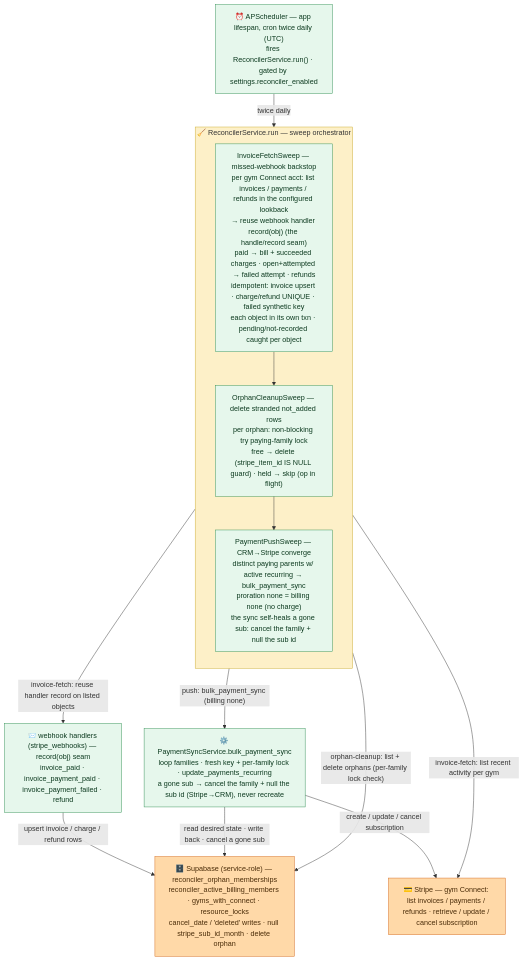
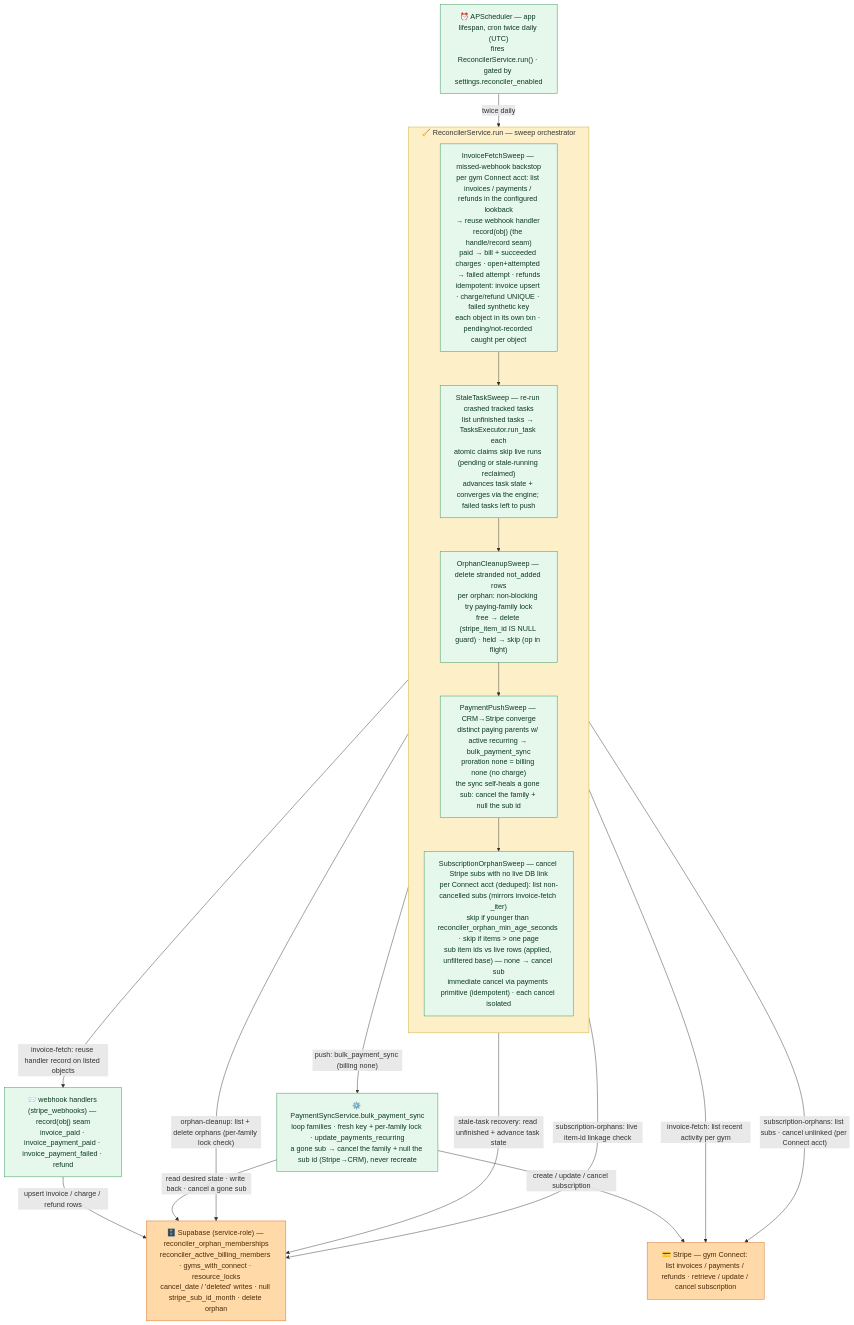
The diagram in FastApiBackend/reconciler.mermaid (jesse51002/CombatDen), drawn with Mermaid before and after one commit. The commit also changed 668 other files, not shown here.

```diff
--- a/FastApiBackend/reconciler.mermaid
+++ b/FastApiBackend/reconciler.mermaid
@@ -1,47 +1,58 @@
 flowchart TB
   %% Scheduled reconciler — orchestration flow of ReconcilerService.run().
   %% Source of truth: src/reconciler/ (reconciler-guide skill).
-  %% APScheduler (app lifespan) fires run() twice daily, then runs the three
-  %% step-services in order: invoice-fetch -> orphan-cleanup -> payment-push.
+  %% APScheduler (app lifespan) fires run() twice daily, then runs the five
+  %% step-services in order: invoice-fetch -> stale-task recovery ->
+  %% orphan-cleanup -> payment-push -> subscription-orphans (cancel live Stripe
+  %% subs with no live DB link, last). Stale-task recovery re-runs unfinished
+  %% tracked tasks (src/tasks/) whose in-process run died — the recovery loop
+  %% lives here, the tasks engine only knows how to run ONE task.
   %% No reconciler-wide lock — safety is the per-family PayingMemberLock every
   %% payment op already holds.
   %% Each step reuses existing machinery: the fetcher drives the webhook handler
   %% record() seam, the orphan cleanup checks the per-family lock, the push sweep
   %% calls bulk sync — whose sync now self-heals a gone subscription natively
   %% (cancels the family + nulls the sub id), so there is no separate status pass.
   %% Green = reconciler step/service · yellow = the orchestrator (fan-out hub) ·
   %% orange = external actors. Solid = live runtime call.
 
   sched["⏰ APScheduler — app lifespan, cron twice daily (UTC)<br/>fires ReconcilerService.run() · gated by settings.reconciler_enabled"]
 
   subgraph recon["🧹 ReconcilerService.run — sweep orchestrator"]
     direction TB
     fetch["InvoiceFetchSweep — missed-webhook backstop<br/>per gym Connect acct: list invoices / payments / refunds in the configured lookback<br/>→ reuse webhook handler record(obj) (the handle/record seam)<br/>paid → bill + succeeded charges · open+attempted → failed attempt · refunds<br/>idempotent: invoice upsert · charge/refund UNIQUE · failed synthetic key<br/>each object in its own txn · pending/not-recorded caught per object"]
+    stale_task["StaleTaskSweep — re-run crashed tracked tasks<br/>list unfinished tasks → TasksExecutor.run_task each<br/>atomic claims skip live runs (pending or stale-running reclaimed)<br/>advances task state + converges via the engine; failed tasks left to push"]
     orphan["OrphanCleanupSweep — delete stranded not_added rows<br/>per orphan: non-blocking try paying-family lock<br/>free → delete (stripe_item_id IS NULL guard) · held → skip (op in flight)"]
     push["PaymentPushSweep — CRM→Stripe converge<br/>distinct paying parents w/ active recurring → bulk_payment_sync<br/>proration none = billing none (no charge)<br/>the sync self-heals a gone sub: cancel the family + null the sub id"]
-    fetch --> orphan
+    suborphan["SubscriptionOrphanSweep — cancel Stripe subs with no live DB link<br/>per Connect acct (deduped): list non-cancelled subs (mirrors invoice-fetch _iter)<br/>skip if younger than reconciler_orphan_min_age_seconds · skip if items &gt; one page<br/>sub item ids vs live rows (applied, unfiltered base) — none → cancel sub<br/>immediate cancel via payments primitive (idempotent) · each cancel isolated"]
+    fetch --> stale_task
+    stale_task --> orphan
     orphan --> push
+    push --> suborphan
   end
 
   handlers["📨 webhook handlers (stripe_webhooks) — record(obj) seam<br/>invoice_paid · invoice_payment_paid · invoice_payment_failed · refund"]
   engine["⚙️ PaymentSyncService.bulk_payment_sync<br/>loop families · fresh key + per-family lock · update_payments_recurring<br/>a gone sub → cancel the family + null the sub id (Stripe→CRM), never recreate"]
 
   supabase["🗄️ Supabase (service-role) — reconciler_orphan_memberships<br/>reconciler_active_billing_members · gyms_with_connect · resource_locks<br/>cancel_date / 'deleted' writes · null stripe_sub_id_month · delete orphan"]
   stripe["💳 Stripe — gym Connect: list invoices / payments / refunds · retrieve / update / cancel subscription"]
 
   sched -->|"twice daily"| recon
   recon -->|"invoice-fetch: reuse handler record on listed objects"| handlers
   recon -->|"push: bulk_payment_sync (billing none)"| engine
   recon -->|"orphan-cleanup: list + delete orphans (per-family lock check)"| supabase
+  recon -->|"stale-task recovery: read unfinished + advance task state"| supabase
   recon -->|"invoice-fetch: list recent activity per gym"| stripe
+  recon -->|"subscription-orphans: list subs · cancel unlinked (per Connect acct)"| stripe
+  recon -->|"subscription-orphans: live item-id linkage check"| supabase
   handlers -->|"upsert invoice / charge / refund rows"| supabase
   engine -->|"read desired state · write back · cancel a gone sub"| supabase
   engine -->|"create / update / cancel subscription"| stripe
 
   classDef svc fill:#e6f7ec,stroke:#2f8f53,color:#0c3a1f;
   classDef ext fill:#ffd9a8,stroke:#d2691e,color:#4a2c08;
   classDef hub fill:#fdf0c8,stroke:#caab2f,color:#4a3d08;
   class sched,handlers,engine svc;
   class supabase,stripe ext;
-  class fetch,orphan,push svc;
+  class fetch,stale_task,orphan,push,suborphan svc;
   style recon fill:#fdf0c8,stroke:#caab2f;
```
